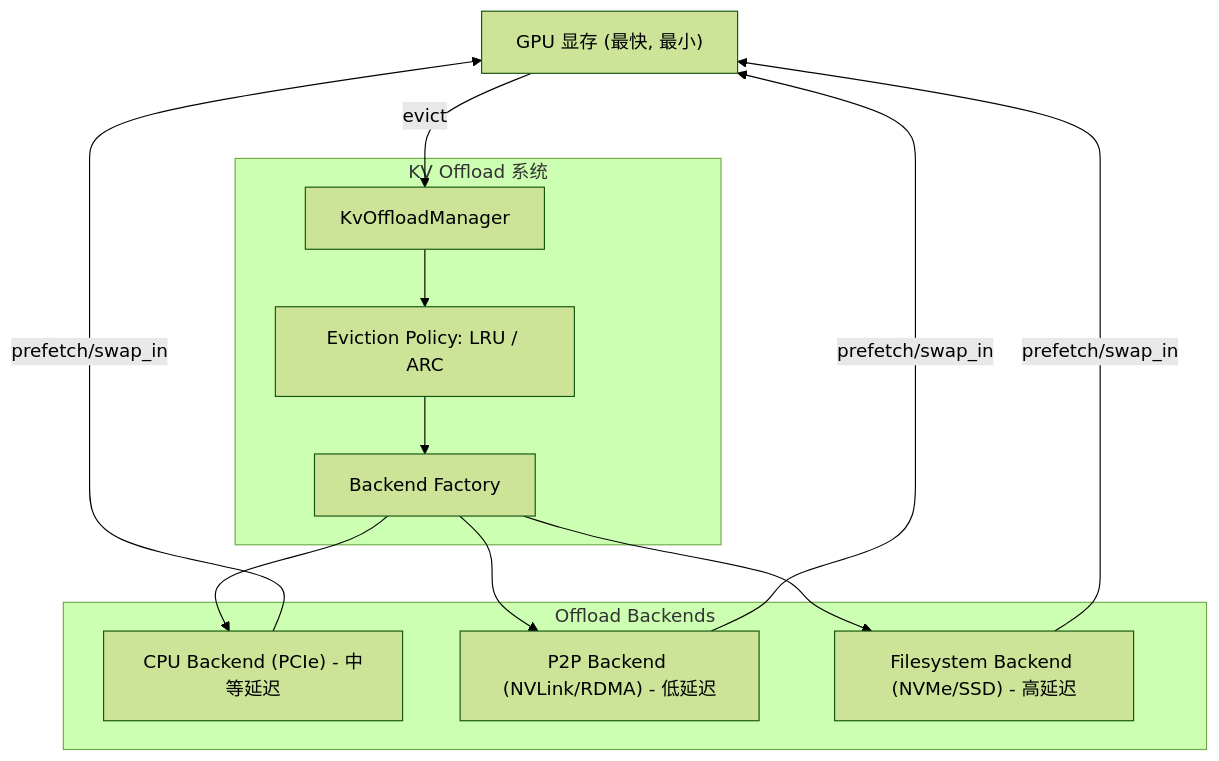
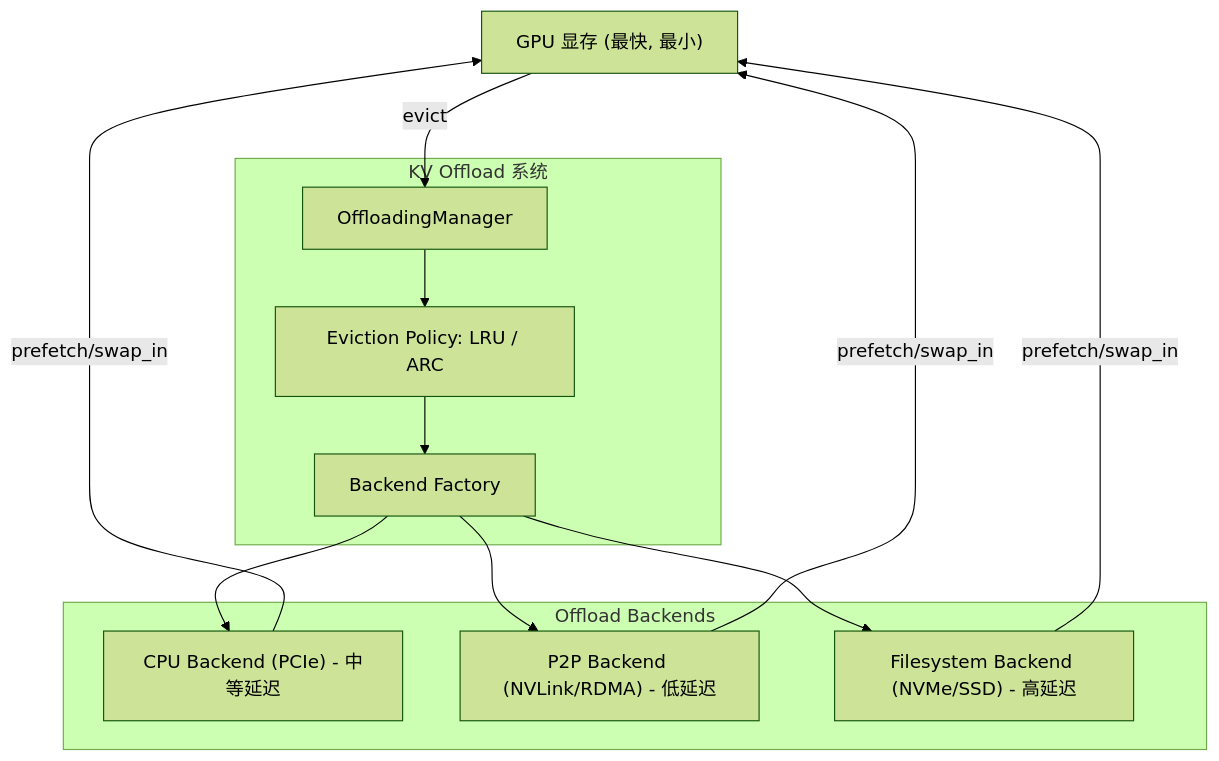
The first of 2 diagrams in vllm-learning-path/10-推理增强特性/05-KV卸载扩展.md (keyuanweb/ai-learning-path), drawn with Mermaid (forest theme) before and after one commit. The commit also changed other lines of this file and 176 other files, not shown here.

First line of the commit message:
docs: 全仓库文档校对修复——错别字/失效链接/Mermaid图/源码引用

````diff
--- a/vllm-learning-path/10-推理增强特性/05-KV卸载扩展.md
+++ b/vllm-learning-path/10-推理增强特性/05-KV卸载扩展.md
@@ -11,26 +11,26 @@
 ```mermaid
 flowchart TD
   gpu["GPU 显存 (最快, 最小)"]
   
   subgraph offload["KV Offload 系统"]
-    mgr["KvOffloadManager"]
+    mgr["OffloadingManager"]
     policy["Eviction Policy: LRU / ARC"]
     factory["Backend Factory"]
   end
   
   subgraph backends["Offload Backends"]
     cpu["CPU Backend (PCIe) - 中等延迟"]
     p2p["P2P Backend (NVLink/RDMA) - 低延迟"]
     fs["Filesystem Backend (NVMe/SSD) - 高延迟"]
   end
   
   gpu -->|"evict"| mgr
   mgr --> policy --> factory
   factory --> cpu
   factory --> p2p
   factory --> fs
   
   cpu -->|"prefetch/swap_in"| gpu
   p2p -->|"prefetch/swap_in"| gpu
   fs -->|"prefetch/swap_in"| gpu
 ```
````
